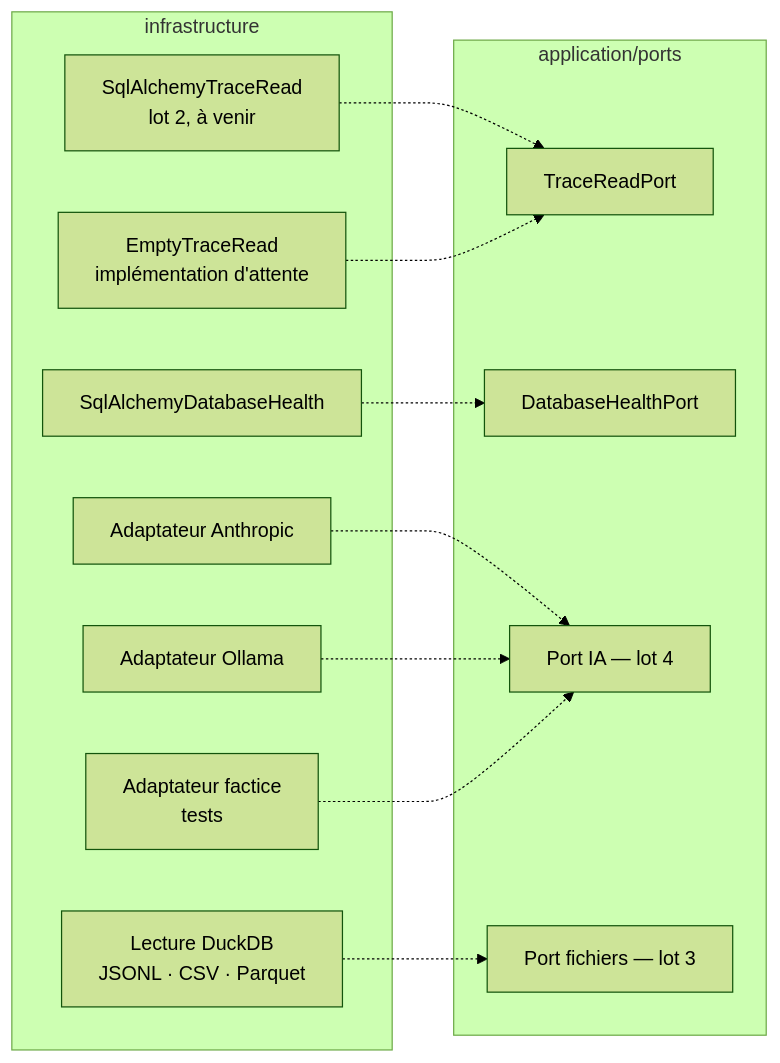
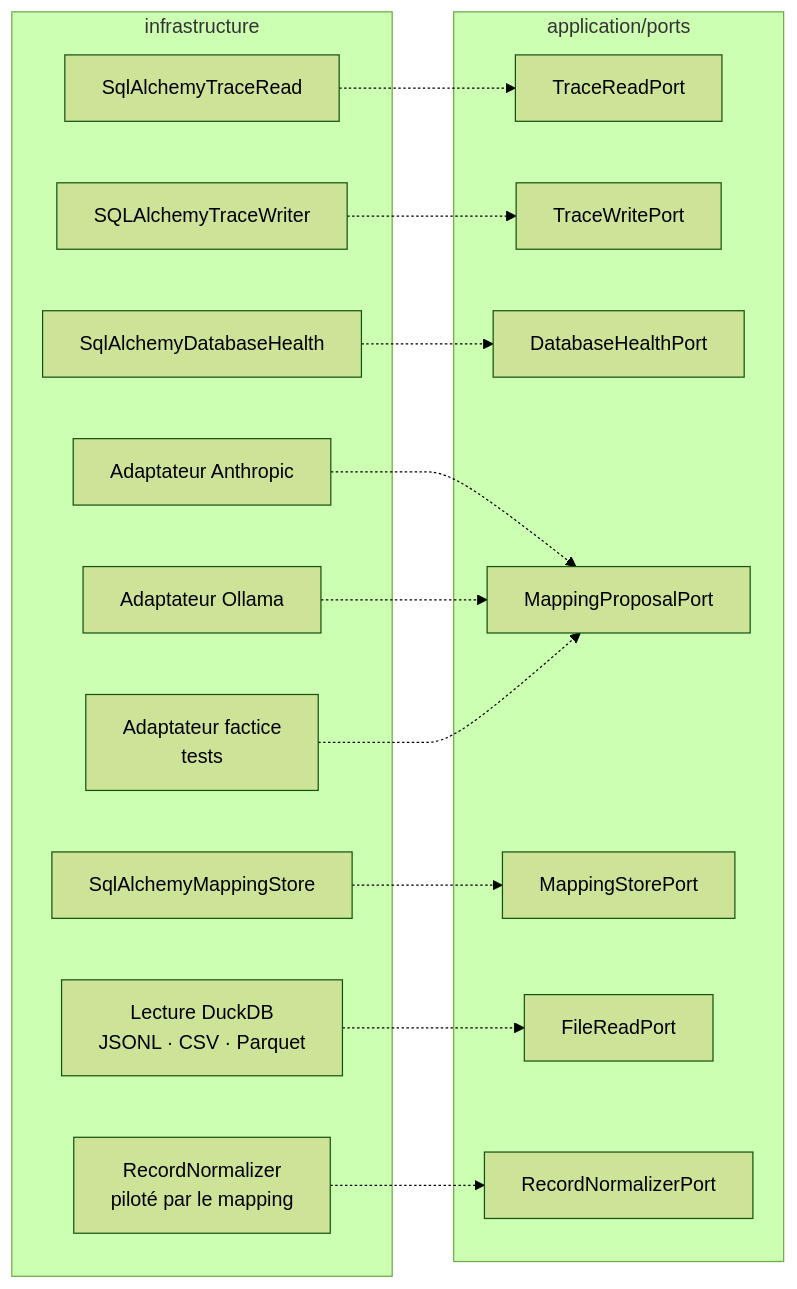
Before and after one commit to SoufianeBenmouhoub/Projet-AgentScope: the second of 3 diagrams in docs/architecture.md, drawn with Mermaid (forest theme). The commit also changed other lines of this file and 75 other files, not shown here.

First line of the commit message:
docs(archi): remet le schema d'architecture au niveau du code livre

````diff
--- a/docs/architecture.md
+++ b/docs/architecture.md
@@ -58,27 +58,34 @@
 ```mermaid
 flowchart LR
     subgraph ports["application/ports"]
         trace["TraceReadPort"]
+        write["TraceWritePort"]
         health["DatabaseHealthPort"]
-        llm["Port IA — lot 4"]
-        files["Port fichiers — lot 3"]
+        llm["MappingProposalPort"]
+        store["MappingStorePort"]
+        files["FileReadPort"]
+        norm["RecordNormalizerPort"]
     end
 
     subgraph impl["infrastructure"]
-        sqlTrace["SqlAlchemyTraceRead<br/>lot 2, à venir"]
-        emptyTrace["EmptyTraceRead<br/>implémentation d'attente"]
+        sqlTrace["SqlAlchemyTraceRead"]
+        sqlWrite["SQLAlchemyTraceWriter"]
+        sqlStore["SqlAlchemyMappingStore"]
         sqlHealth["SqlAlchemyDatabaseHealth"]
         anthropic["Adaptateur Anthropic"]
         ollama["Adaptateur Ollama"]
         fake["Adaptateur factice<br/>tests"]
         duck["Lecture DuckDB<br/>JSONL · CSV · Parquet"]
+        normalizer["RecordNormalizer<br/>piloté par le mapping"]
     end
 
     sqlTrace -.-> trace
-    emptyTrace -.-> trace
+    sqlWrite -.-> write
+    sqlStore -.-> store
     sqlHealth -.-> health
     anthropic -.-> llm
     ollama -.-> llm
     fake -.-> llm
     duck -.-> files
+    normalizer -.-> norm
 ```
````
